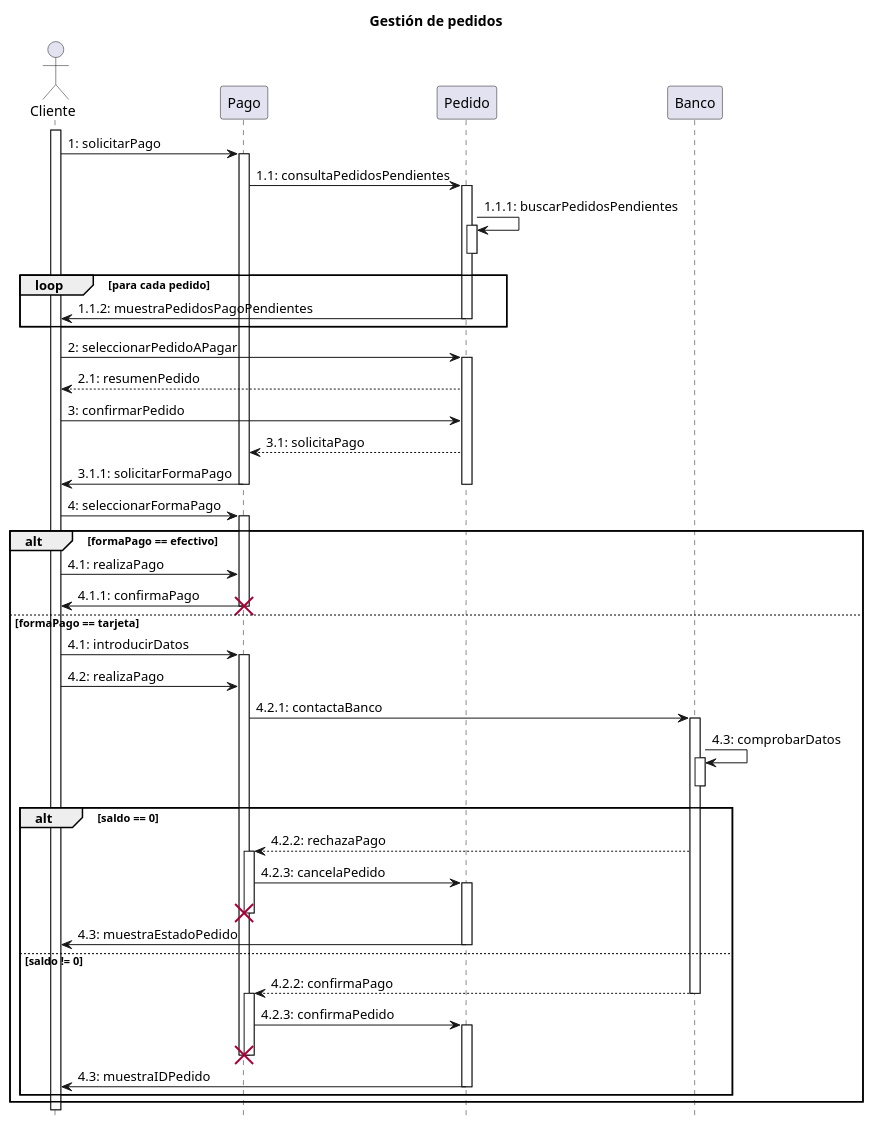
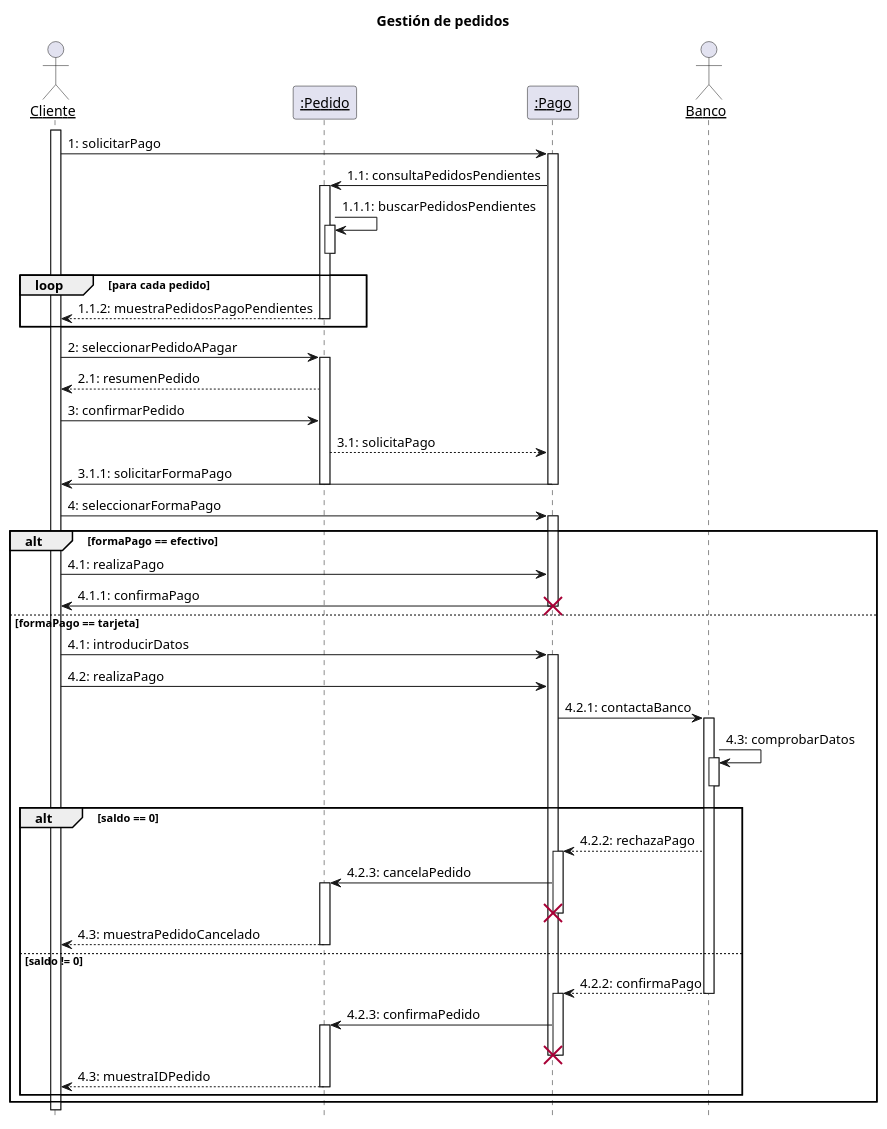
The diagram in sequence/PCV06-20/pagoPedidos.puml (eliadotor/PCV06-10), drawn with PlantUML before and after one commit.

Commit message:
Diagrama pagoPedidos cambios propuestos en clase

```diff
--- a/sequence/PCV06-20/pagoPedidos.puml
+++ b/sequence/PCV06-20/pagoPedidos.puml
@@ -1,59 +1,63 @@
 @startuml
+skinparam sequenceParticipant underline
 hide footbox
 
 title Gestión de pedidos
 
 actor Cliente 
+participant ":Pedido" as Pedido
+participant ":Pago" as Pago
+actor Banco
 
 Cliente ++
 Cliente -> Pago++: 1: solicitarPago
 Pago -> Pedido++: 1.1: consultaPedidosPendientes
 Pedido -> Pedido++: 1.1.1: buscarPedidosPendientes
 deactivate Pedido
 
 loop para cada pedido
-    Cliente <- Pedido: 1.1.2: muestraPedidosPagoPendientes
+    Cliente <-- Pedido: 1.1.2: muestraPedidosPagoPendientes
     deactivate Pedido
 end
 
 Cliente -> Pedido++: 2: seleccionarPedidoAPagar
 Cliente <-- Pedido: 2.1: resumenPedido
 Cliente -> Pedido: 3: confirmarPedido
 Pago <-- Pedido: 3.1: solicitaPago
 Cliente <- Pago: 3.1.1: solicitarFormaPago
 deactivate Pedido
 deactivate Pago
 Cliente -> Pago++: 4: seleccionarFormaPago
 
 alt formaPago == efectivo
     Cliente -> Pago : 4.1: realizaPago
     Cliente <- Pago : 4.1.1: confirmaPago
     destroy Pago
 else formaPago == tarjeta
     Cliente -> Pago++ : 4.1: introducirDatos
     Cliente -> Pago : 4.2: realizaPago
     Pago -> Banco++: 4.2.1: contactaBanco
     Banco -> Banco++ : 4.3: comprobarDatos
     deactivate Banco
 
     alt saldo == 0
         Pago <-- Banco: 4.2.2: rechazaPago
         activate Pago
         Pago -> Pedido++: 4.2.3: cancelaPedido
         destroy Pago
-        Cliente <- Pedido: 4.3: muestraEstadoPedido
+        Cliente <-- Pedido: 4.3: muestraPedidoCancelado
         deactivate Pedido
     else saldo != 0
         Pago <-- Banco: 4.2.2: confirmaPago
         deactivate Banco
         activate Pago
         Pago -> Pedido++: 4.2.3: confirmaPedido
         destroy Pago
         deactivate Pago
-        Cliente <- Pedido: 4.3: muestraIDPedido
+        Cliente <-- Pedido: 4.3: muestraIDPedido
         deactivate Pedido
     end     
 end
 
 
 @enduml
```
